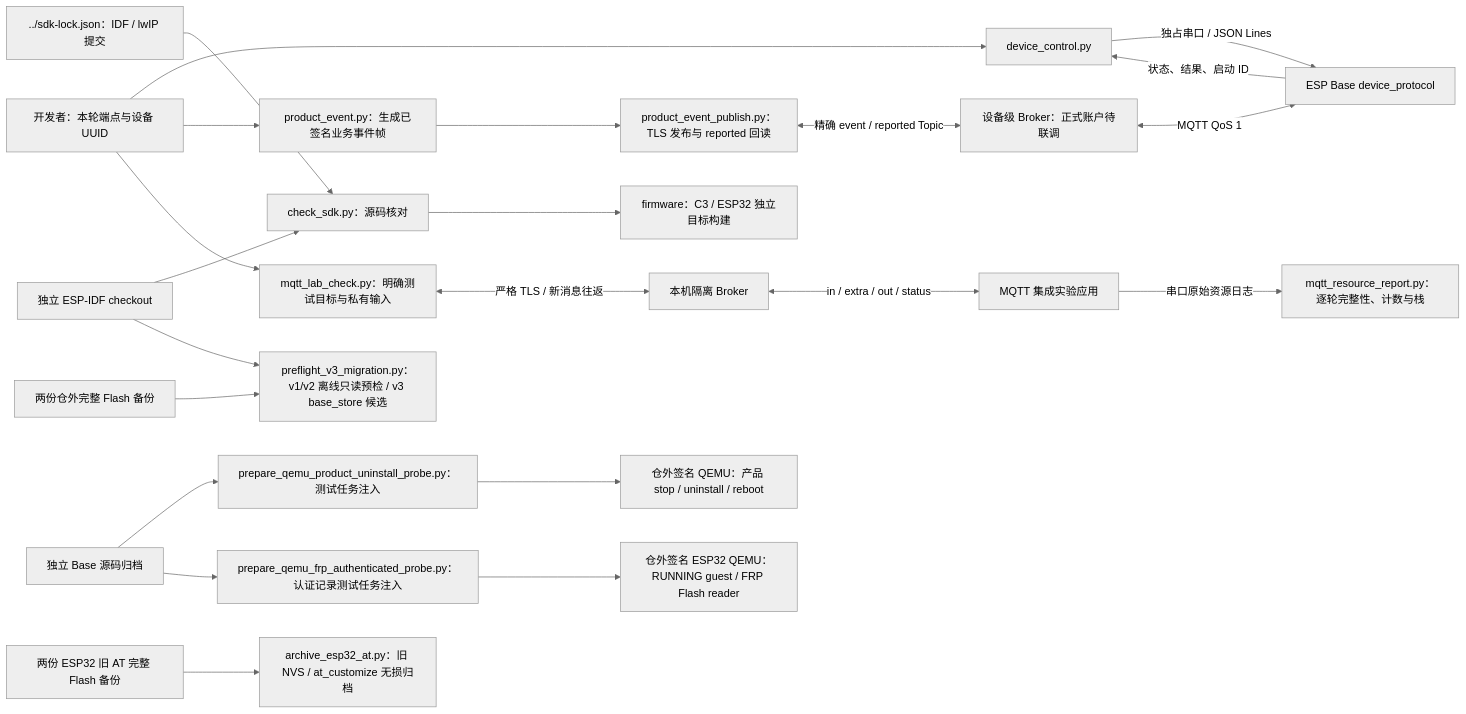
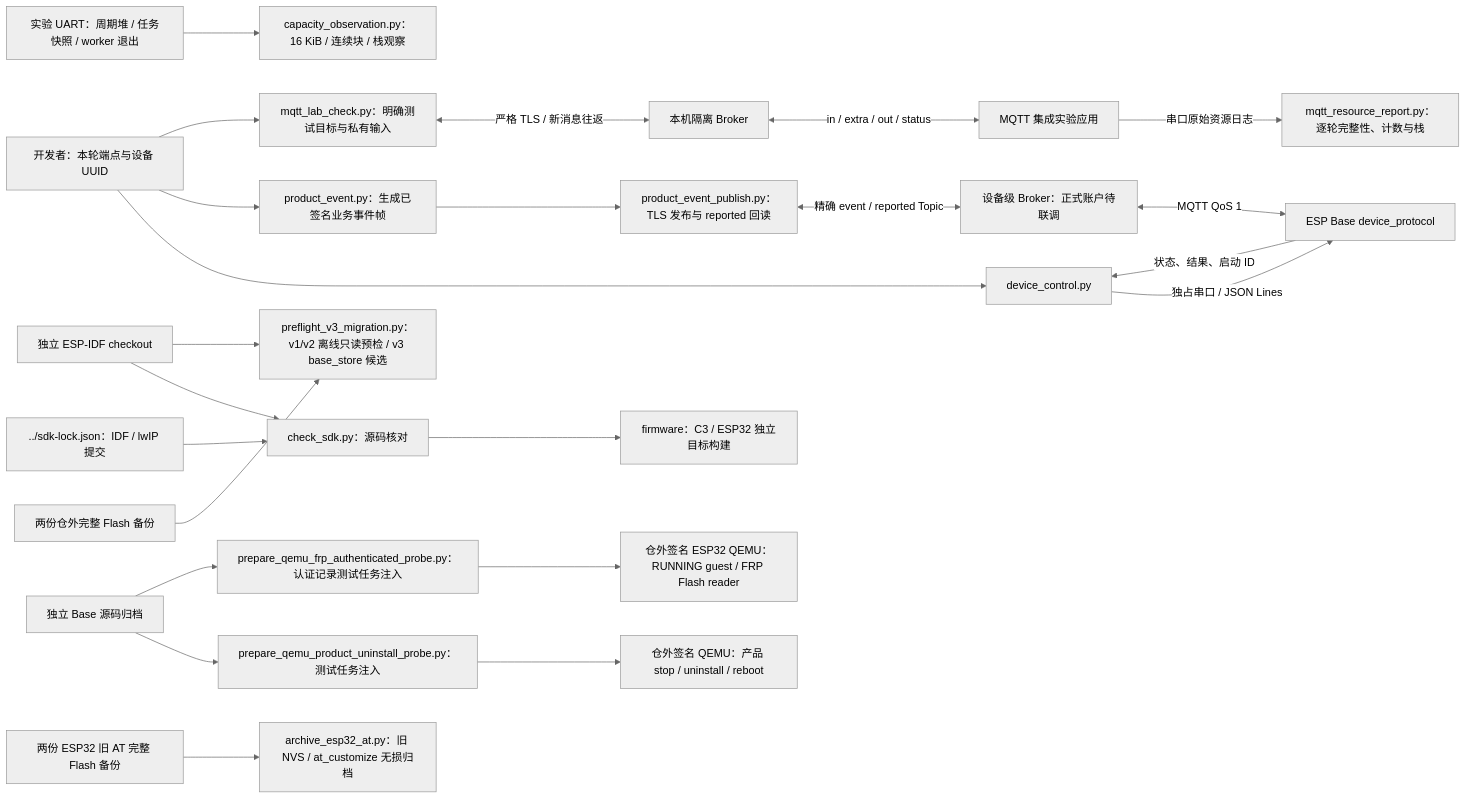
Before and after one commit to darren-you/esp-base: the diagram in tools/README.md, drawn with Mermaid (neutral theme). The commit also changed other lines of this file and 10 other files, not shown here.

````diff
--- a/tools/README.md
+++ b/tools/README.md
@@ -7,24 +7,25 @@
 ```mermaid
 flowchart LR
     user["开发者：本轮端点与设备 UUID"] --> cli["device_control.py"]
     cli -->|"独占串口 / JSON Lines"| firmware["ESP Base device_protocol"]
     firmware -->|"状态、结果、启动 ID"| cli
     user --> event_frame["product_event.py：生成已签名业务事件帧"]
     event_frame --> event_publish["product_event_publish.py：TLS 发布与 reported 回读"]
     event_publish <-->|"精确 event / reported Topic"| device_broker["设备级 Broker：正式账户待联调"]
     device_broker <-->|"MQTT QoS 1"| firmware
     user --> checker["mqtt_lab_check.py：明确测试目标与私有输入"]
     checker <-->|"严格 TLS / 新消息往返"| broker["本机隔离 Broker"]
     broker <-->|"in / extra / out / status"| lab["MQTT 集成实验应用"]
     lab -->|"串口原始资源日志"| report["mqtt_resource_report.py：逐轮完整性、计数与栈"]
+    capacity_uart["实验 UART：周期堆 / 任务快照 / worker 退出"] --> capacity["capacity_observation.py：16 KiB / 连续块 / 栈观察"]
     sdk_lock["../sdk-lock.json：IDF / lwIP 提交"] --> sdk_check["check_sdk.py：源码核对"]
     idf["独立 ESP-IDF checkout"] --> sdk_check
     sdk_check --> build["firmware：C3 / ESP32 独立目标构建"]
     backup["两份仓外完整 Flash 备份"] --> preflight["preflight_v3_migration.py：v1/v2 离线只读预检 / v3 base_store 候选"]
     idf --> preflight
     archive["独立 Base 源码归档"] --> uninstall_probe["prepare_qemu_product_uninstall_probe.py：测试任务注入"]
     uninstall_probe --> qemu["仓外签名 QEMU：产品 stop / uninstall / reboot"]
     archive --> frp_probe["prepare_qemu_frp_authenticated_probe.py：认证记录测试任务注入"]
     frp_probe --> frp_qemu["仓外签名 ESP32 QEMU：RUNNING guest / FRP Flash reader"]
     at_backup["两份 ESP32 旧 AT 完整 Flash 备份"] --> at_archive["archive_esp32_at.py：旧 NVS / at_customize 无损归档"]
 ```
````
